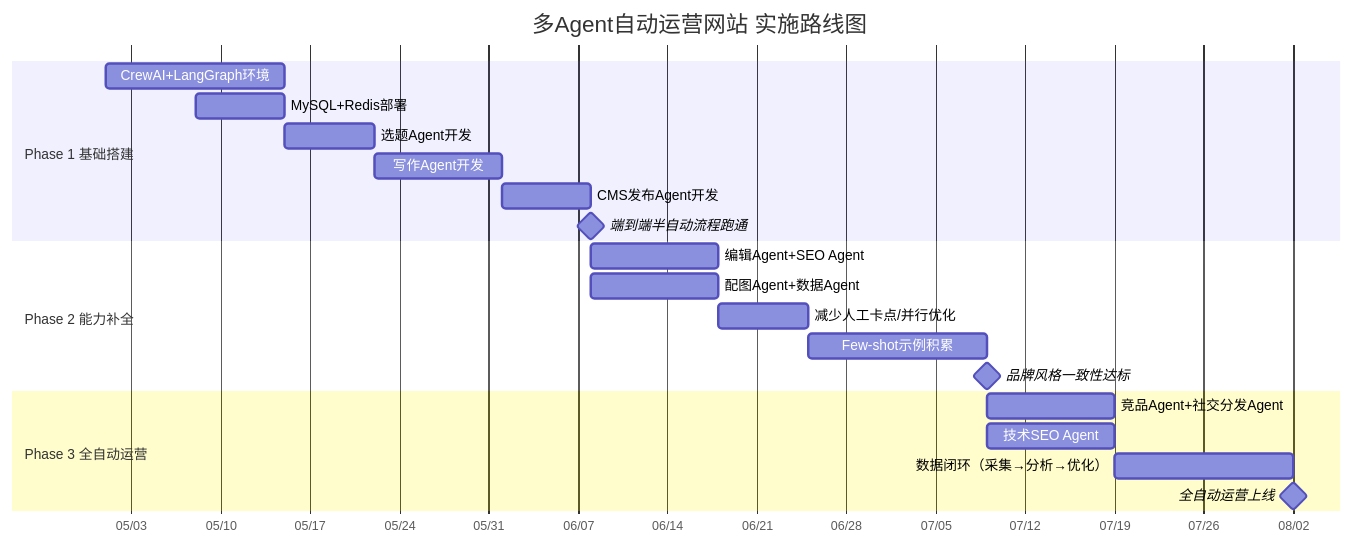
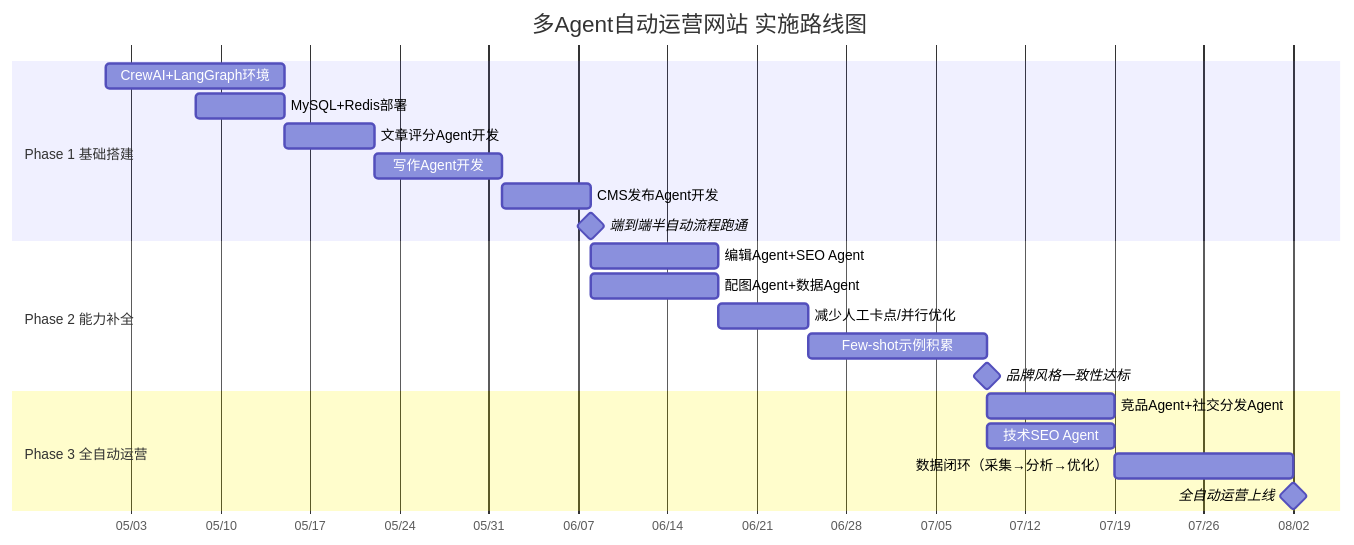
One commit to flyingsnowzz/Multi-Agent-Automatic-Operation-Website changed the third of 4 diagrams in 00-方案概述.md. Above: the diagram before and after it, drawn with Mermaid. The commit also changed other lines of this file and 4 other files, not shown here.

````diff
--- a/00-方案概述.md
+++ b/00-方案概述.md
@@ -122,27 +122,27 @@
 ```mermaid
 gantt
     title 多Agent自动运营网站 实施路线图
     dateFormat  YYYY-MM-DD
     axisFormat  %m/%d
 
     section Phase 1 基础搭建
     CrewAI+LangGraph环境     :p1a, 2026-05-01, 14d
     MySQL+Redis部署          :p1b, 2026-05-08, 7d
-    选题Agent开发            :p1c, after p1a, 7d
+    文章评分Agent开发            :p1c, after p1a, 7d
     写作Agent开发            :p1d, after p1c, 10d
     CMS发布Agent开发         :p1e, after p1d, 7d
     端到端半自动流程跑通     :milestone, after p1e, 0d
 
     section Phase 2 能力补全
     编辑Agent+SEO Agent      :p2a, after p1e, 10d
     配图Agent+数据Agent      :p2b, after p1e, 10d
     减少人工卡点/并行优化    :p2c, after p2a, 7d
     Few-shot示例积累         :p2d, after p2c, 14d
     品牌风格一致性达标       :milestone, after p2d, 0d
 
     section Phase 3 全自动运营
     竞品Agent+社交分发Agent   :p3a, after p2d, 10d
     技术SEO Agent             :p3b, after p2d, 10d
     数据闭环（采集→分析→优化）:p3c, after p3a, 14d
     全自动运营上线            :milestone, after p3c, 0d
 ```
````
